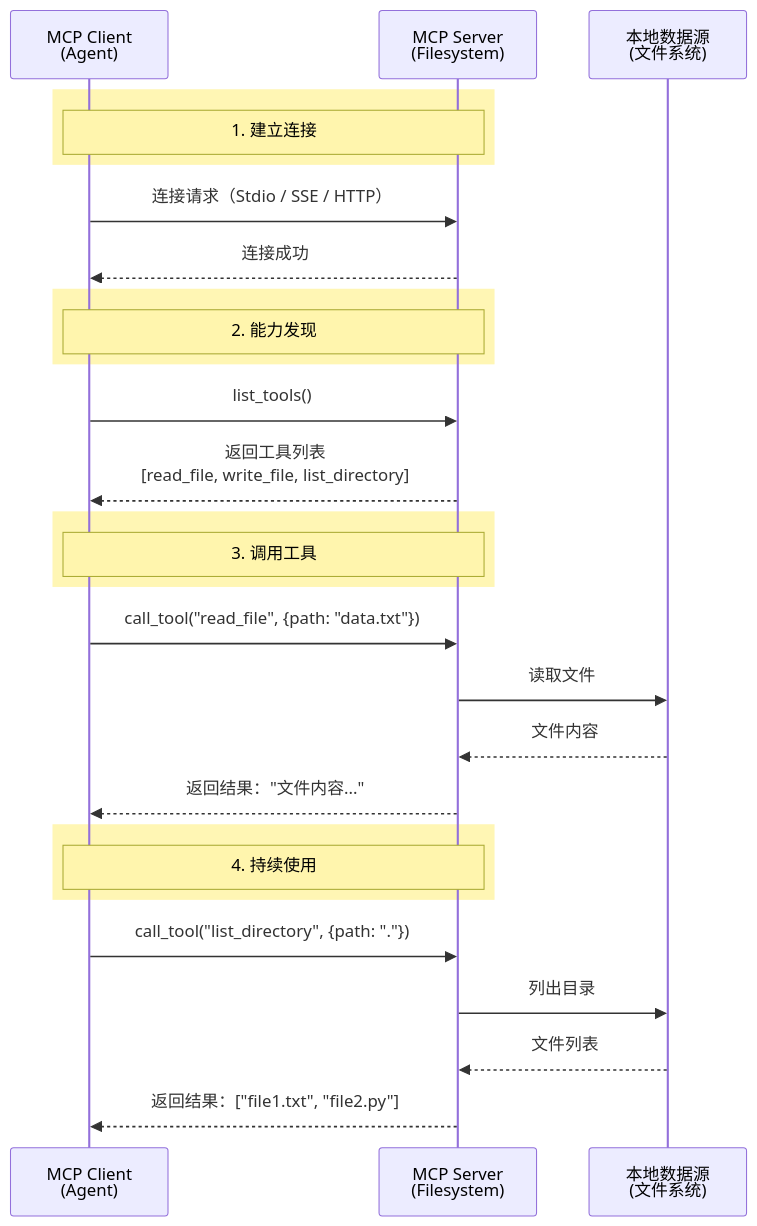
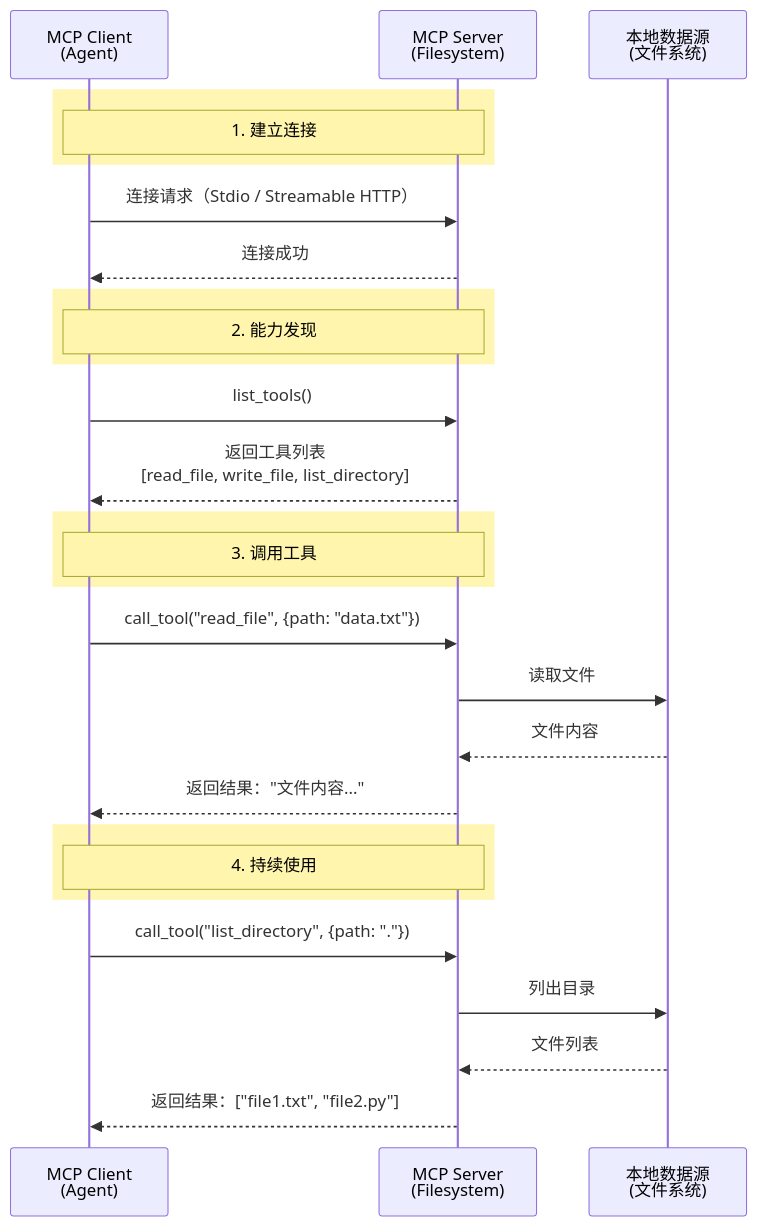
One commit to izumi0uu/obsidian-agentic-learning changed the diagram in agentic learning/wiki/concepts/MCP.md. Above: the diagram before and after it, drawn with Mermaid. The commit also changed other lines of this file and 42 other files, not shown here.

````diff
--- a/agentic learning/wiki/concepts/MCP.md
+++ b/agentic learning/wiki/concepts/MCP.md
@@ -125,34 +128,34 @@
 ```mermaid
 sequenceDiagram
     participant C as MCP Client<br/>(Agent)
     participant S as MCP Server<br/>(Filesystem)
     participant F as 本地数据源<br/>(文件系统)
 
     rect rgb(255, 246, 180)
     Note over C,S: 1. 建立连接
     end
-    C->>S: 连接请求（Stdio / SSE / HTTP）
+    C->>S: 连接请求（Stdio / Streamable HTTP）
     S-->>C: 连接成功
 
     rect rgb(255, 246, 180)
     Note over C,S: 2. 能力发现
     end
     C->>S: list_tools()
     S-->>C: 返回工具列表<br/>[read_file, write_file, list_directory]
 
     rect rgb(255, 246, 180)
     Note over C,S: 3. 调用工具
     end
     C->>S: call_tool("read_file", {path: "data.txt"})
     S->>F: 读取文件
     F-->>S: 文件内容
     S-->>C: 返回结果："文件内容..."
 
     rect rgb(255, 246, 180)
     Note over C,S: 4. 持续使用
     end
     C->>S: call_tool("list_directory", {path: "."})
     S->>F: 列出目录
     F-->>S: 文件列表
     S-->>C: 返回结果：["file1.txt", "file2.py"]
 ```
````
